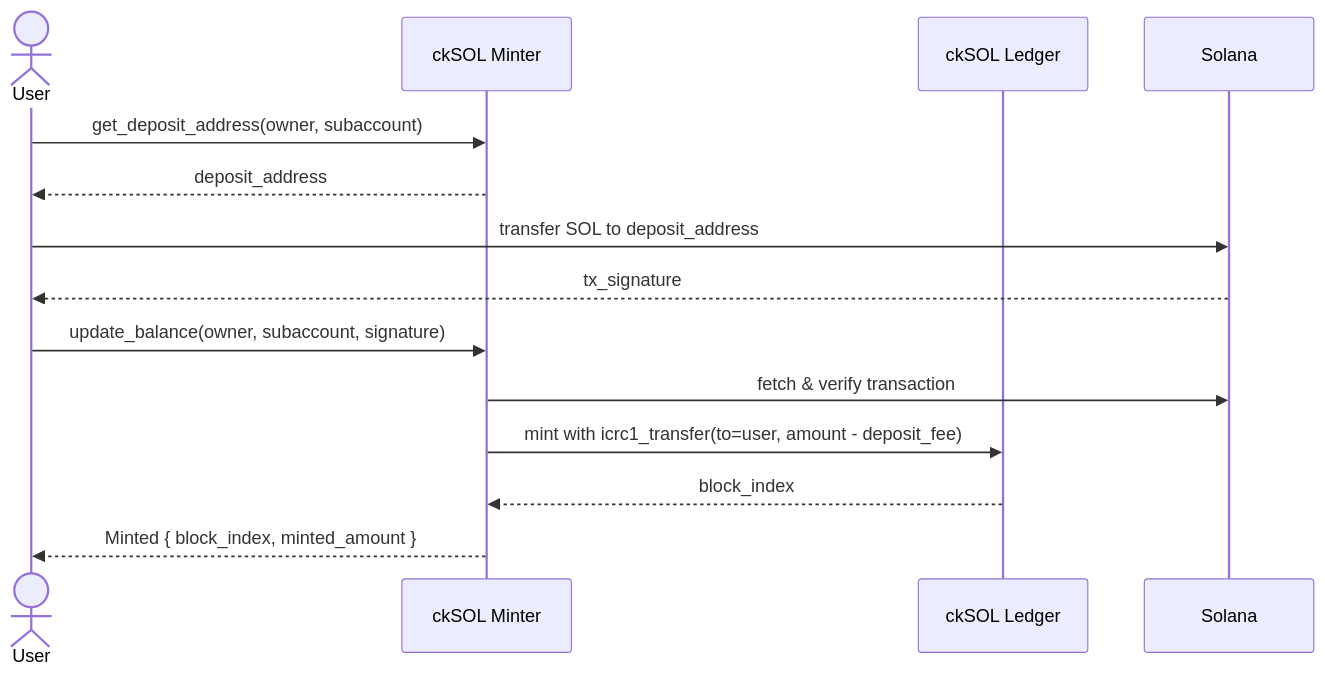
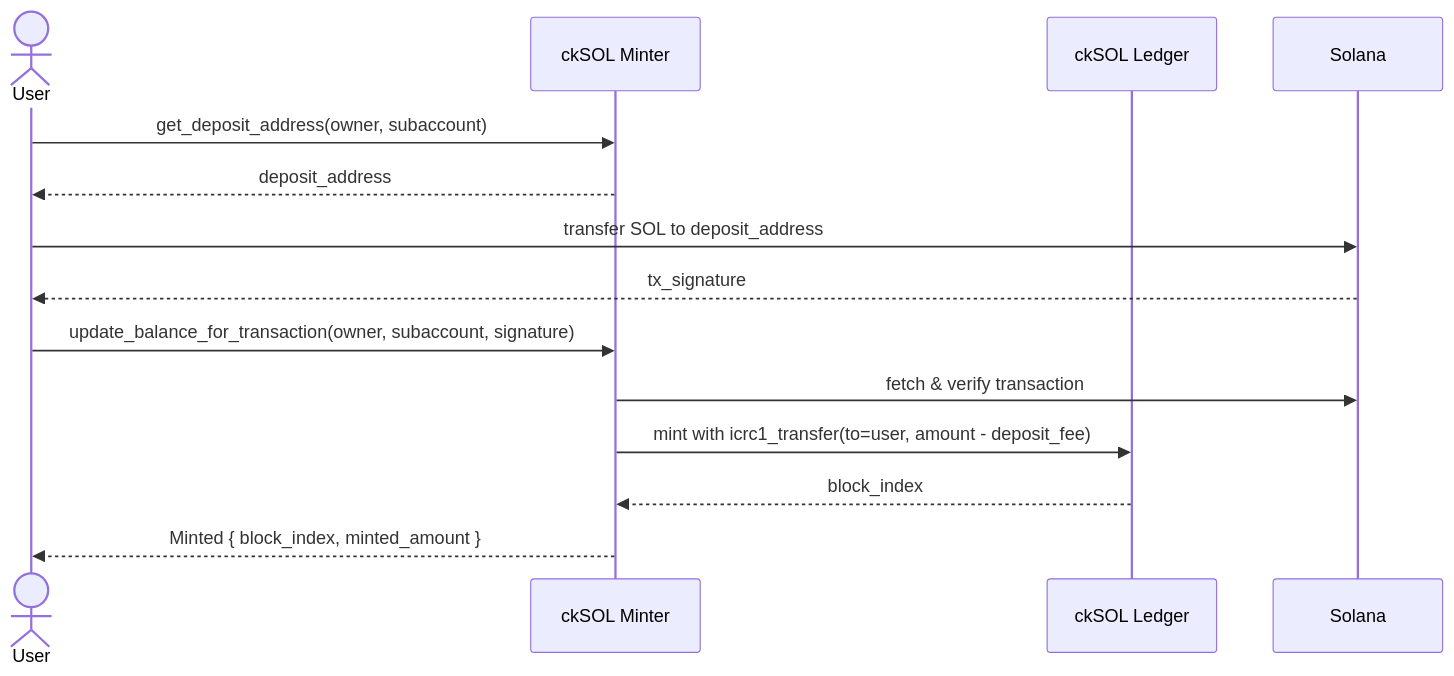
One commit to dfinity/cksol changed the first of 3 diagrams in README.md. Above: the diagram before and after it, drawn with Mermaid. The commit also changed other lines of this file and 14 other files, not shown here.

First line of the commit message:
refactor: rename update_balance to update_balance_for_transaction and make get_deposit_address a query

````diff
--- a/README.md
+++ b/README.md
@@ -48,19 +48,19 @@
 ```mermaid
 sequenceDiagram
     actor User
     participant Minter as ckSOL Minter
     participant Ledger as ckSOL Ledger
     participant Solana
 
     User->>Minter: get_deposit_address(owner, subaccount)
     Minter-->>User: deposit_address
 
     User->>Solana: transfer SOL to deposit_address
     Solana-->>User: tx_signature
 
-    User->>Minter: update_balance(owner, subaccount, signature)
+    User->>Minter: update_balance_for_transaction(owner, subaccount, signature)
     Minter->>Solana: fetch & verify transaction
     Minter->>Ledger: mint with icrc1_transfer(to=user, amount - deposit_fee)
     Ledger-->>Minter: block_index
     Minter-->>User: Minted { block_index, minted_amount }
 ```
````
